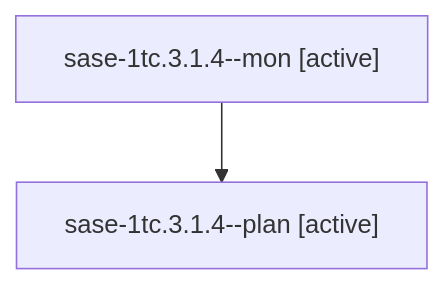
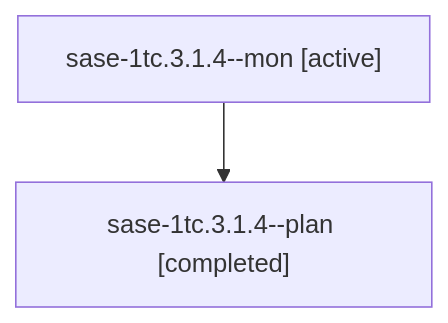
The diagram in sessions/bbugyi200.athena.sase-1tc.3.1.4.md (sase-org/sase--agents), drawn with Mermaid before and after one commit. The commit also changed other lines of this file and 67 other files, not shown here.

````diff
--- a/sessions/bbugyi200.athena.sase-1tc.3.1.4.md
+++ b/sessions/bbugyi200.athena.sase-1tc.3.1.4.md
@@ -9,6 +9,6 @@
 ```mermaid
 flowchart TD
   n0["sase-1tc.3.1.4--mon [active]"]
-  n1["sase-1tc.3.1.4--plan [active]"]
+  n1["sase-1tc.3.1.4--plan [completed]"]
   n0 --> n1
 ```
````
